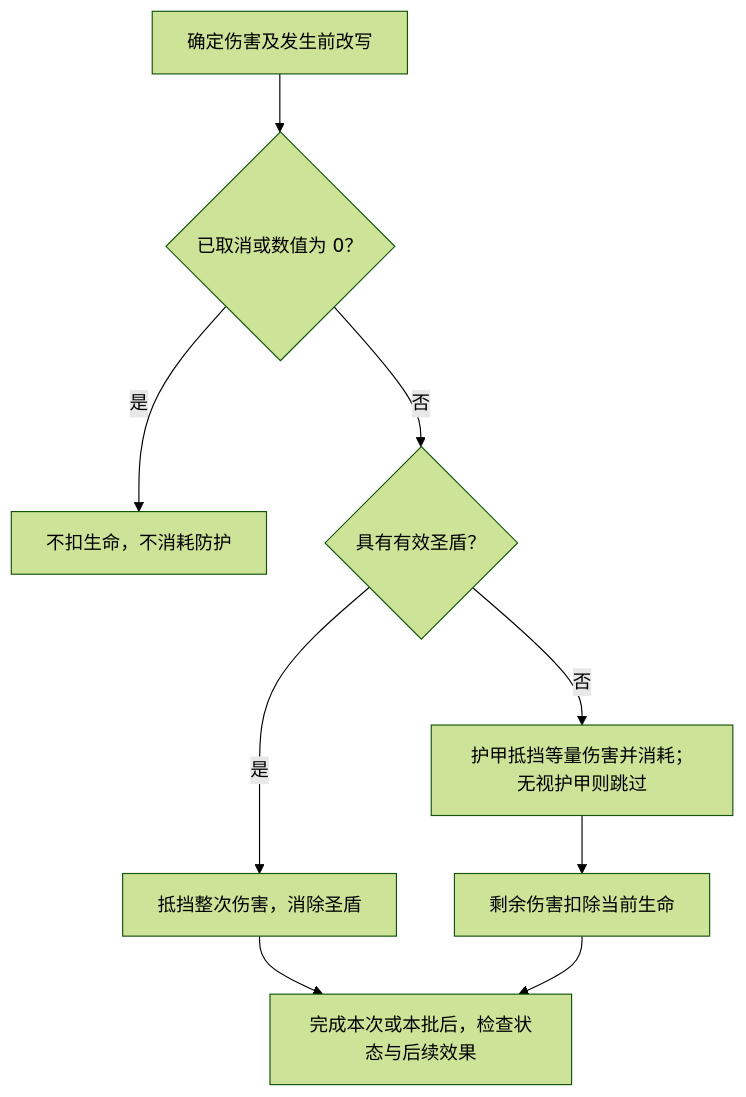
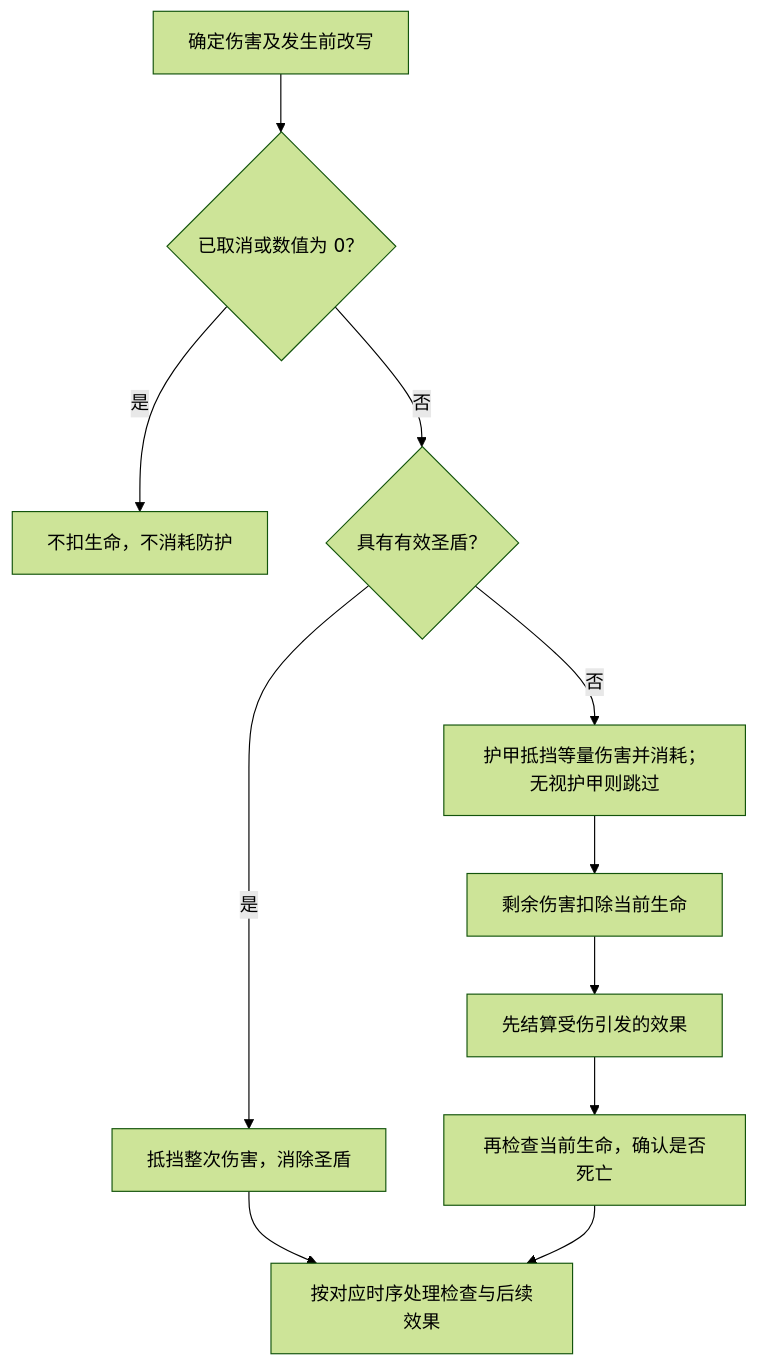
The first of 4 diagrams in docs/rules/common/lifecycle.md (Time-Block-Hero/tbh-website), drawn with Mermaid (forest theme) before and after one commit. The commit also changed other lines of this file and 7 other files, not shown here.

````diff
--- a/docs/rules/common/lifecycle.md
+++ b/docs/rules/common/lifecycle.md
@@ -25,11 +25,13 @@
 ```mermaid
 flowchart TD
   damage["确定伤害及发生前改写"] --> canceled{"已取消或数值为 0？"}
   canceled -->|是| stop["不扣生命，不消耗防护"]
   canceled -->|否| shield{"具有有效圣盾？"}
   shield -->|是| block["抵挡整次伤害，消除圣盾"]
   shield -->|否| armor["护甲抵挡等量伤害并消耗；无视护甲则跳过"]
   armor --> hp["剩余伤害扣除当前生命"]
-  block --> next["完成本次或本批后，检查状态与后续效果"]
-  hp --> next
+  block --> next["按对应时序处理检查与后续效果"]
+  hp --> injured["先结算受伤引发的效果"]
+  injured --> death["再检查当前生命，确认是否死亡"]
+  death --> next
 ```
````
